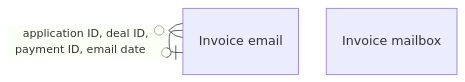
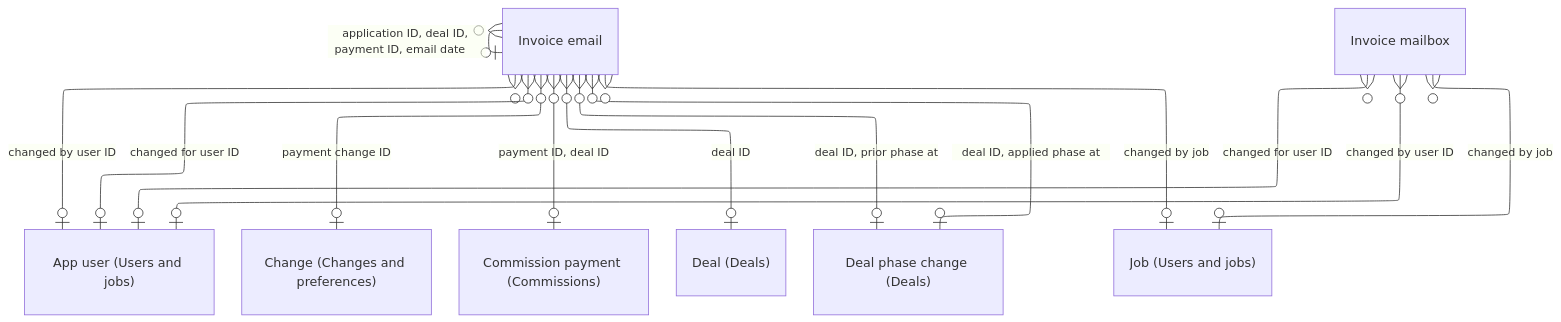
Before and after one commit to DoctorCRE/doctorcre-engine: the diagram in docs/database/tables/viewpoint-invoices.md, drawn with Mermaid. The commit also changed other lines of this file and 27 other files, not shown here.

````diff
--- a/docs/database/tables/viewpoint-invoices.md
+++ b/docs/database/tables/viewpoint-invoices.md
@@ -3,13 +3,24 @@
 ```mermaid
 ---
 config:
   layout: elk
   er:
     nodeSpacing: 22
     rankSpacing: 44
 ---
 erDiagram
   "Invoice email"
   "Invoice mailbox"
+  "Invoice email" }o--o| "App user (Users and jobs)" : "changed by user ID"
+  "Invoice email" }o--o| "App user (Users and jobs)" : "changed for user ID"
+  "Invoice email" }o--o| "Change (Changes and preferences)" : "payment change ID"
+  "Invoice email" }o--o| "Commission payment (Commissions)" : "payment ID, deal ID"
+  "Invoice email" }o--o| "Deal (Deals)" : "deal ID"
+  "Invoice email" }o--o| "Deal phase change (Deals)" : "deal ID, applied phase at"
+  "Invoice email" }o--o| "Deal phase change (Deals)" : "deal ID, prior phase at"
   "Invoice email" }o--o| "Invoice email" : "application ID, deal ID, payment ID, email date#160;#160;#160;#160;"
+  "Invoice email" }o--o| "Job (Users and jobs)" : "changed by job"
+  "Invoice mailbox" }o--o| "App user (Users and jobs)" : "changed by user ID"
+  "Invoice mailbox" }o--o| "App user (Users and jobs)" : "changed for user ID"
+  "Invoice mailbox" }o--o| "Job (Users and jobs)" : "changed by job"
 ```
````
